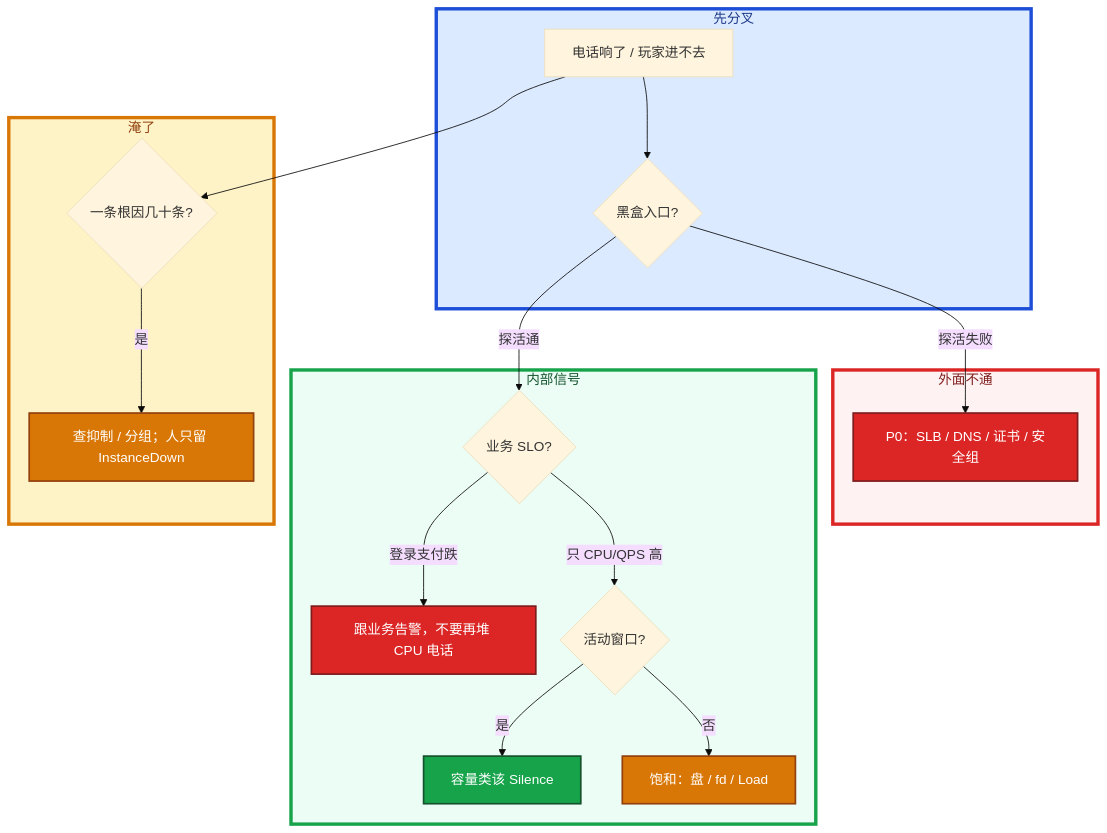
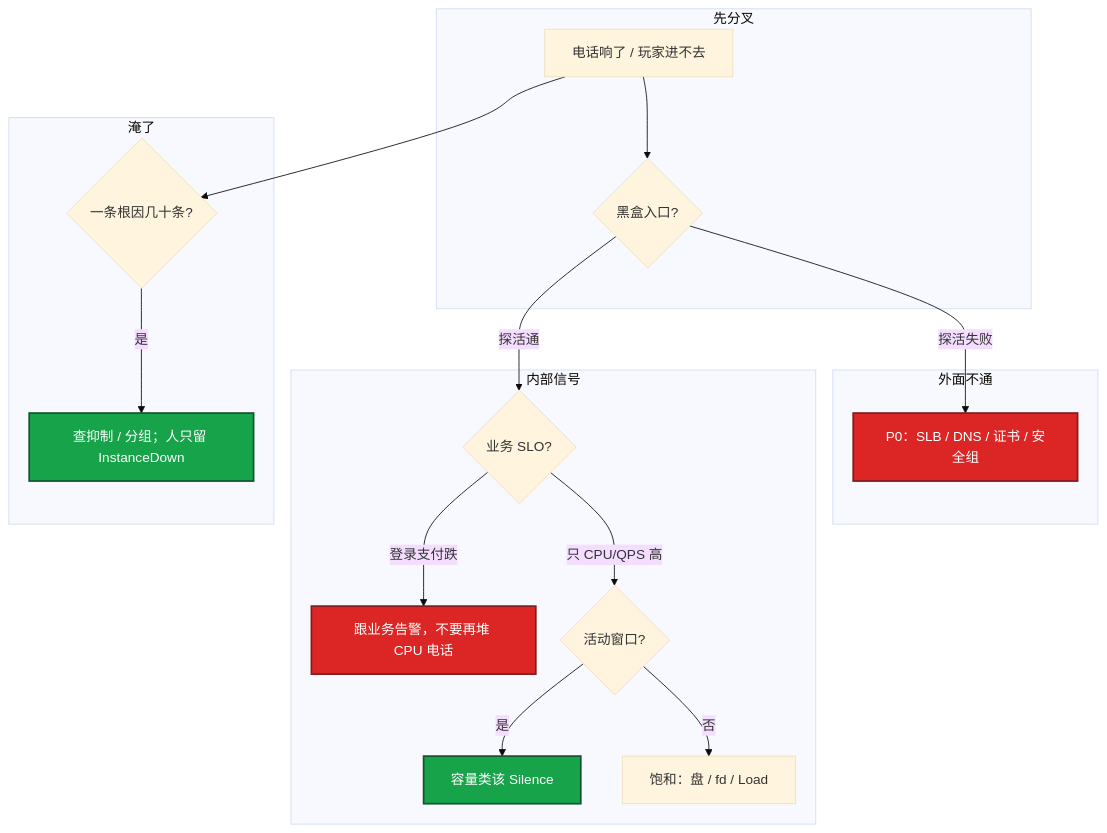
One commit to ml-cuizijun/LearnToLilith changed the fifth of 5 diagrams in 02-基础底座/21-监控与告警/知识点.md. Above: the diagram before and after it, drawn with Mermaid. The commit also changed other lines of this file and 107 other files, not shown here.

````diff
--- a/02-基础底座/21-监控与告警/知识点.md
+++ b/02-基础底座/21-监控与告警/知识点.md
@@ -454,36 +456,29 @@
 ```mermaid
 %%{init: {"flowchart": {"padding": 16, "nodeSpacing": 28, "rankSpacing": 48}, "theme": "base"}}%%
 flowchart TB
     subgraph gate ["先分叉"]
         A[电话响了 / 玩家进不去] --> B{黑盒入口?}
     end
 
     subgraph ext ["外面不通"]
         B -->|探活失败| C[P0：SLB / DNS / 证书 / 安全组]
     end
 
     subgraph inn ["内部信号"]
         B -->|探活通| D{业务 SLO?}
         D -->|登录支付跌| E[跟业务告警，不要再堆 CPU 电话]
         D -->|只 CPU/QPS 高| F{活动窗口?}
         F -->|是| G[容量类该 Silence]
         F -->|否| H[饱和：盘 / fd / Load]
     end
 
     subgraph noise ["淹了"]
         A --> I{一条根因几十条?}
         I -->|是| J[查抑制 / 分组；人只留 InstanceDown]
     end
 
     classDef bad fill:#DC2626,stroke:#7F1D1D,stroke-width:2px,color:#fff
     classDef ok fill:#16A34A,stroke:#14532D,stroke-width:2px,color:#fff
-    classDef warn fill:#D97706,stroke:#92400E,stroke-width:2px,color:#fff
     class C,E bad
-    class G ok
-    class H,J warn
-
-    style gate fill:#DBEAFE,stroke:#1D4ED8,stroke-width:4px,color:#1E3A8A
-    style ext fill:#FEF2F2,stroke:#DC2626,stroke-width:4px,color:#7F1D1D
-    style inn fill:#ECFDF5,stroke:#16A34A,stroke-width:4px,color:#14532D
-    style noise fill:#FEF3C7,stroke:#D97706,stroke-width:4px,color:#92400E
+    class G,J ok
 ```
````
